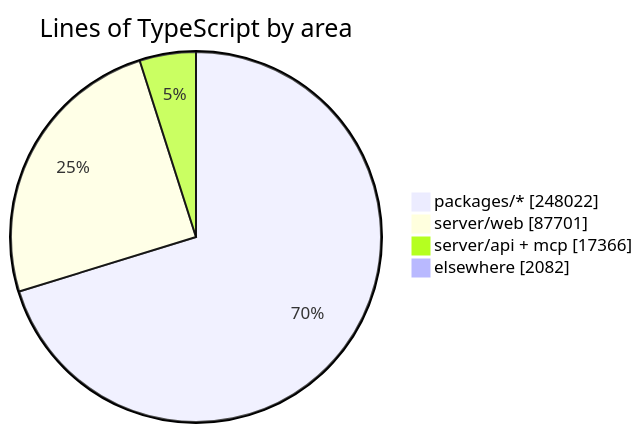
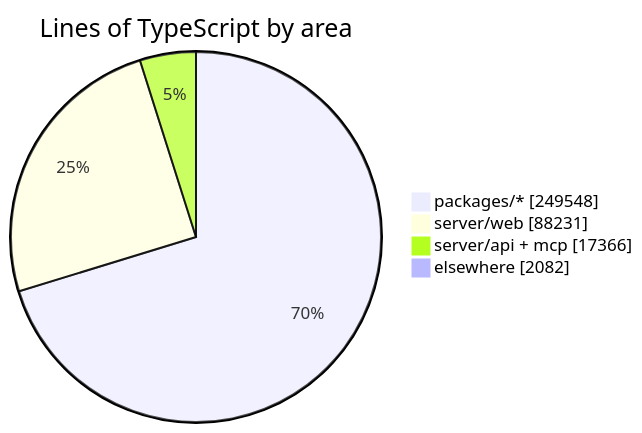
The diagram in README.md (crossworks-engineering/mantle), drawn with Mermaid before and after one commit. The commit also changed other lines of this file and 2 other files, not shown here.

````diff
--- a/README.md
+++ b/README.md
@@ -287,7 +287,7 @@
 ```mermaid
 pie showData title Lines of TypeScript by area
-    "packages/*" : 248022
-    "server/web" : 87701
+    "packages/*" : 249548
+    "server/web" : 88231
     "server/api + mcp" : 17366
     "elsewhere" : 2082
 ```
````
